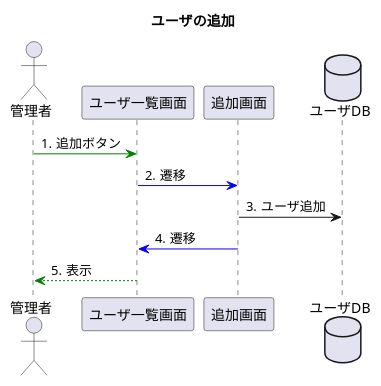
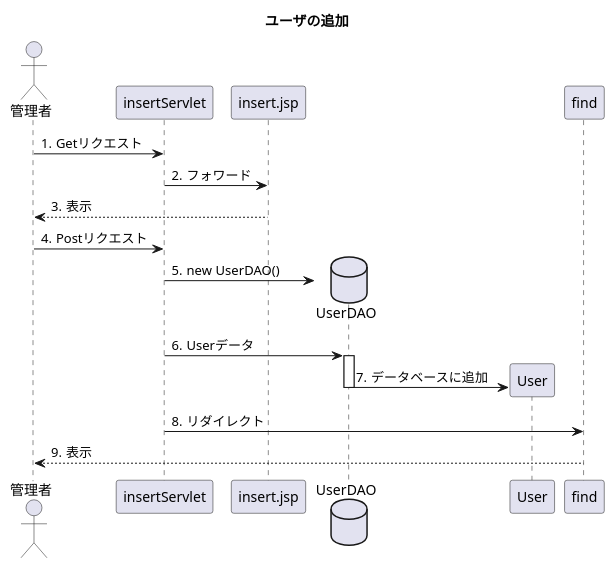
One commit to toufu66/ProjectC changed the diagram in uml_detail/seq_insert.pu. Above: the diagram before and after it, drawn with PlantUML.

Commit message:
詳細シーケンス ユーザ追加

```diff
--- a/uml_detail/seq_insert.pu
+++ b/uml_detail/seq_insert.pu
@@ -1,17 +1,24 @@
 @startuml
 title ユーザの追加
 
 autonumber "#."
 
 actor 管理者
-participant ユーザ一覧画面
-participant 追加画面
-database ユーザDB
+participant insertServlet
+participant insert.jsp
+database UserDAO
+participant User
 
 
-管理者 -[#green]> ユーザ一覧画面:追加ボタン
-ユーザ一覧画面 -[#blue]> 追加画面:遷移
-追加画面 -> ユーザDB:ユーザ追加
-追加画面 -[#blue]> ユーザ一覧画面:遷移
-ユーザ一覧画面 --[#green]> 管理者:表示
+管理者 -> insertServlet:Getリクエスト
+insertServlet -> insert.jsp:フォワード
+insert.jsp --> 管理者:表示
+管理者 -> insertServlet:Postリクエスト
+insertServlet -> UserDAO**:new UserDAO()
+insertServlet -> UserDAO++:Userデータ
+UserDAO -> User**:データベースに追加
+UserDAO--
+insertServlet -> find:リダイレクト
+find --> 管理者:表示
+
 @enduml
```
